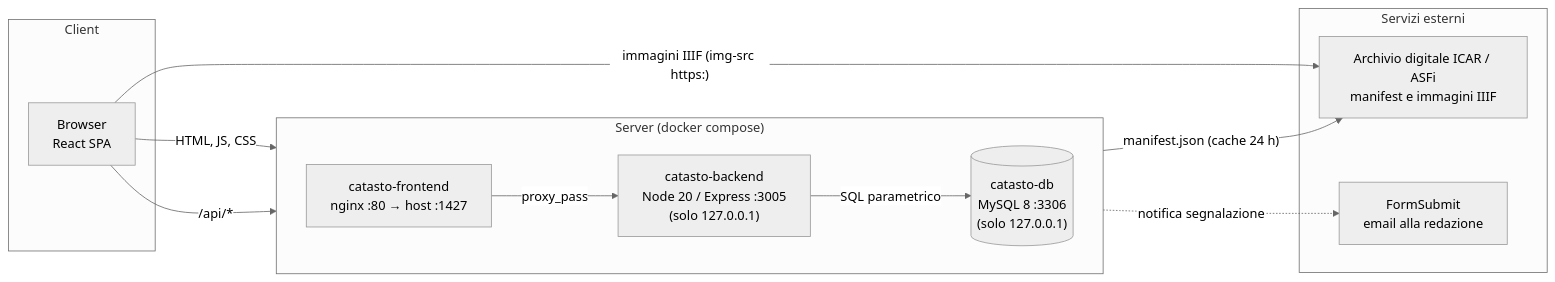
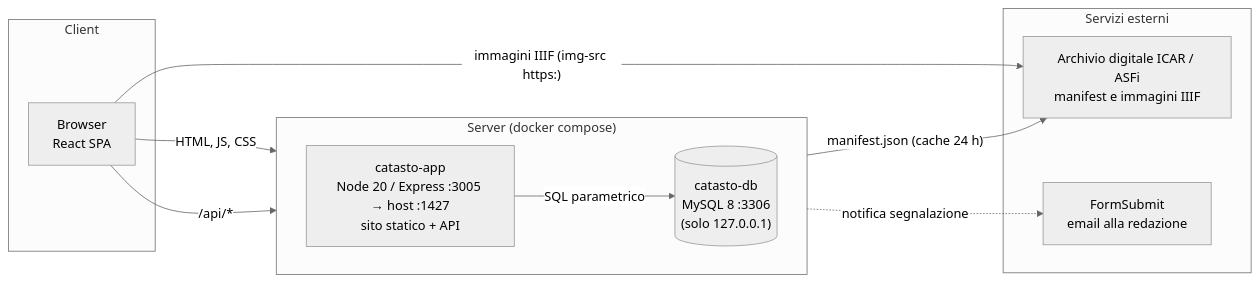
One commit to AntonioOrf/Catasto changed the first of 4 diagrams in docs/architettura.md. Above: the diagram before and after it, drawn with Mermaid (neutral theme). The commit also changed other lines of this file and 23 other files, not shown here.

First line of the commit message:
Docker: un'unica immagine per sito e API, senza nginx

````diff
--- a/docs/architettura.md
+++ b/docs/architettura.md
@@ -29,26 +29,24 @@
 ```mermaid
 flowchart LR
     subgraph Client
       B[Browser<br/>React SPA]
     end
 
     subgraph Server["Server (docker compose)"]
       direction LR
-      N["catasto-frontend<br/>nginx :80 → host :1427"]
-      A["catasto-backend<br/>Node 20 / Express :3005<br/>(solo 127.0.0.1)"]
+      A["catasto-app<br/>Node 20 / Express :3005 → host :1427<br/>sito statico + API"]
       D[("catasto-db<br/>MySQL 8 :3306<br/>(solo 127.0.0.1)")]
     end
 
     subgraph Esterni["Servizi esterni"]
       I["Archivio digitale ICAR / ASFi<br/>manifest e immagini IIIF"]
       F["FormSubmit<br/>email alla redazione"]
     end
 
-    B -- "HTML, JS, CSS" --> N
-    B -- "/api/*" --> N
-    N -- "proxy_pass" --> A
+    B -- "HTML, JS, CSS" --> A
+    B -- "/api/*" --> A
     A -- "SQL parametrico" --> D
     A -- "manifest.json (cache 24 h)" --> I
     B -- "immagini IIIF (img-src https:)" --> I
     A -. "notifica segnalazione" .-> F
 ```
````
